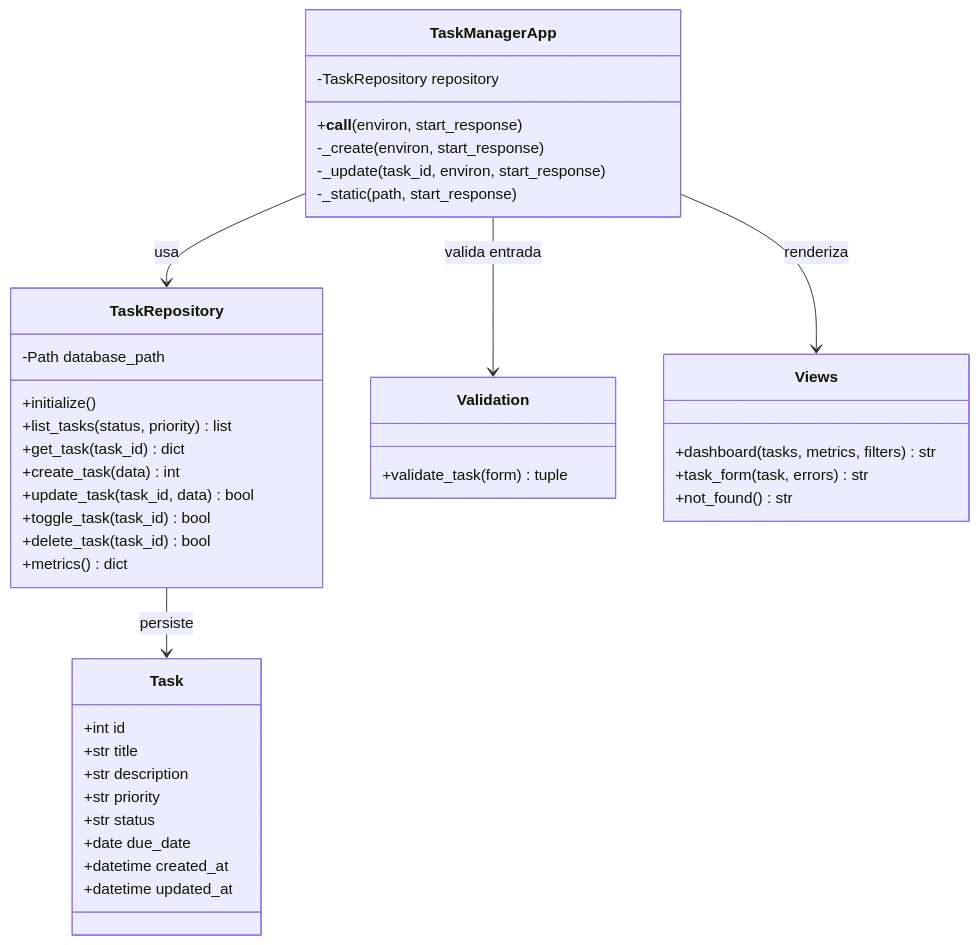
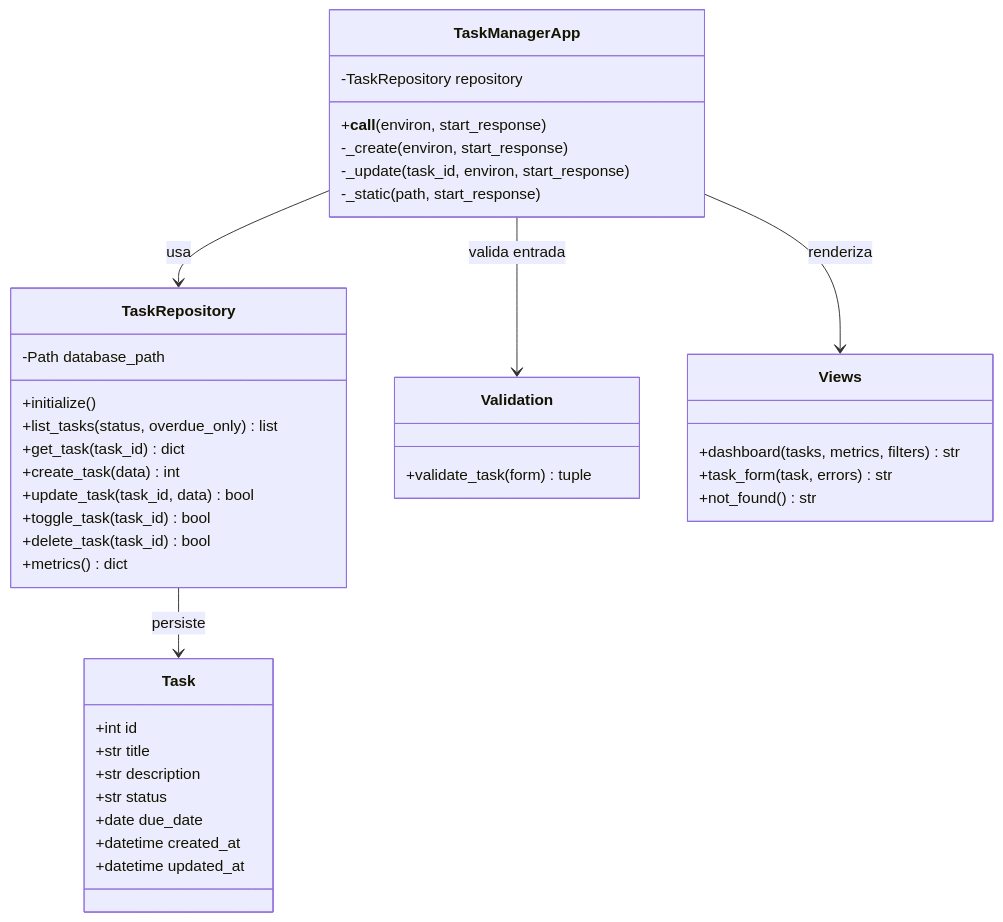
One commit to diegofigtec/techflow-task-manager changed the second of 2 diagrams in docs/uml.md. Above: the diagram before and after it, drawn with Mermaid. The commit also changed other lines of this file and 11 other files, not shown here.

````diff
--- a/docs/uml.md
+++ b/docs/uml.md
@@ -24,43 +24,42 @@
 ```mermaid
 classDiagram
     class TaskManagerApp {
         -TaskRepository repository
         +__call__(environ, start_response)
         -_create(environ, start_response)
         -_update(task_id, environ, start_response)
         -_static(path, start_response)
     }
     class TaskRepository {
         -Path database_path
         +initialize()
-        +list_tasks(status, priority) list
+        +list_tasks(status, overdue_only) list
         +get_task(task_id) dict
         +create_task(data) int
         +update_task(task_id, data) bool
         +toggle_task(task_id) bool
         +delete_task(task_id) bool
         +metrics() dict
     }
     class Task {
         +int id
         +str title
         +str description
-        +str priority
         +str status
         +date due_date
         +datetime created_at
         +datetime updated_at
     }
     class Validation {
         +validate_task(form) tuple
     }
     class Views {
         +dashboard(tasks, metrics, filters) str
         +task_form(task, errors) str
         +not_found() str
     }
     TaskManagerApp --> TaskRepository : usa
     TaskRepository --> Task : persiste
     TaskManagerApp --> Validation : valida entrada
     TaskManagerApp --> Views : renderiza
 ```
````
